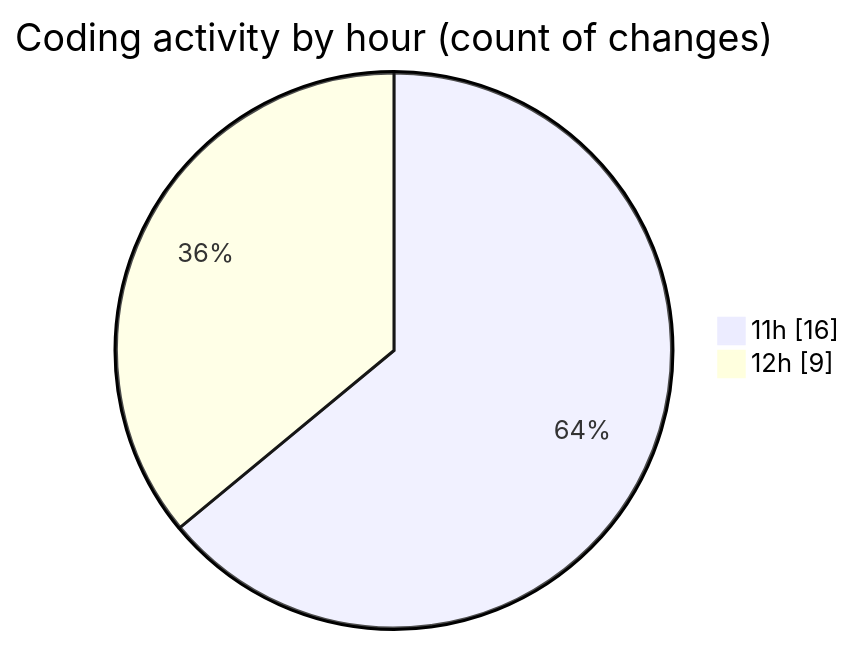
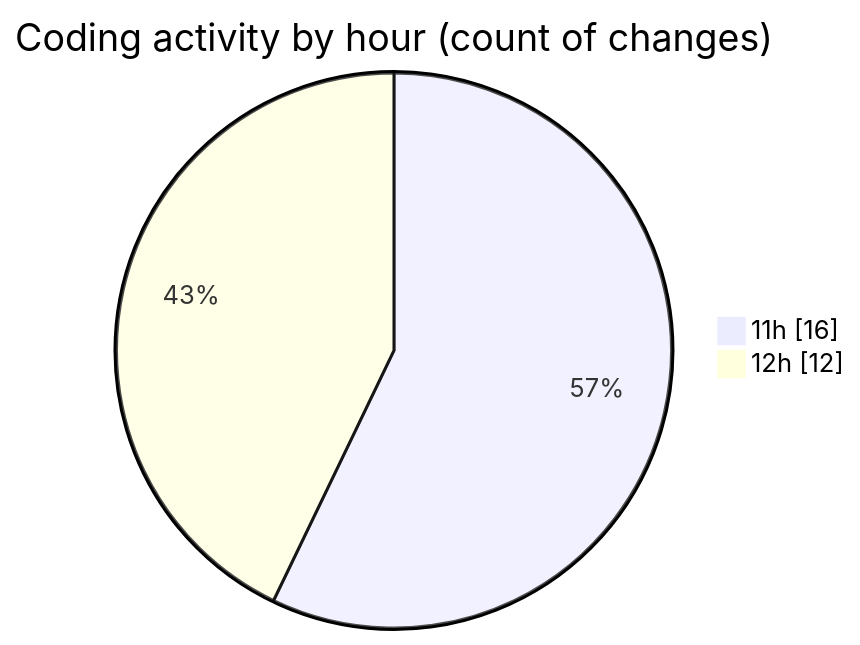
Before and after one commit to donsfak/code-tracking: the second of 2 diagrams in 2025-03-25/wordle/README.md, drawn with Mermaid. The commit also changed other lines of this file and 1 other file, not shown here.

````diff
--- a/2025-03-25/wordle/README.md
+++ b/2025-03-25/wordle/README.md
@@ -32,6 +33,6 @@
 ```mermaid
 pie showData
 title Coding activity by hour (count of changes)
 "11h" : 16
-"12h" : 9
+"12h" : 12
 ```
````
